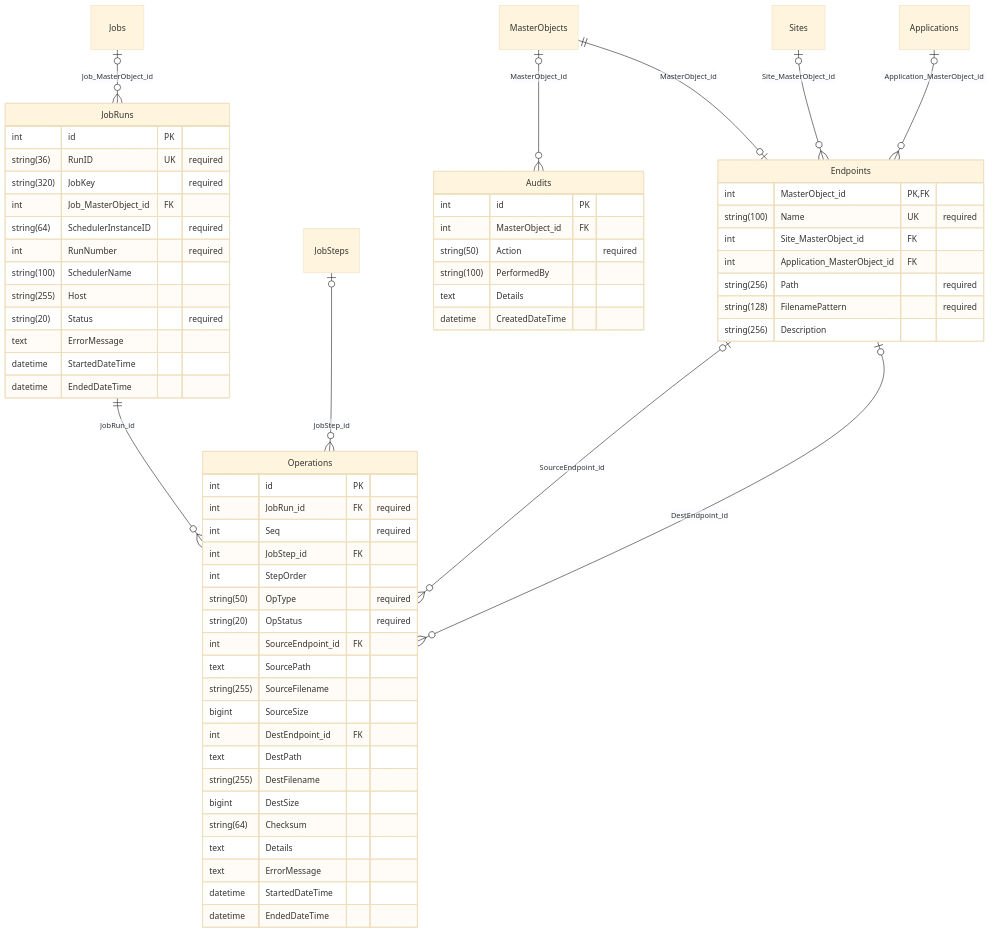
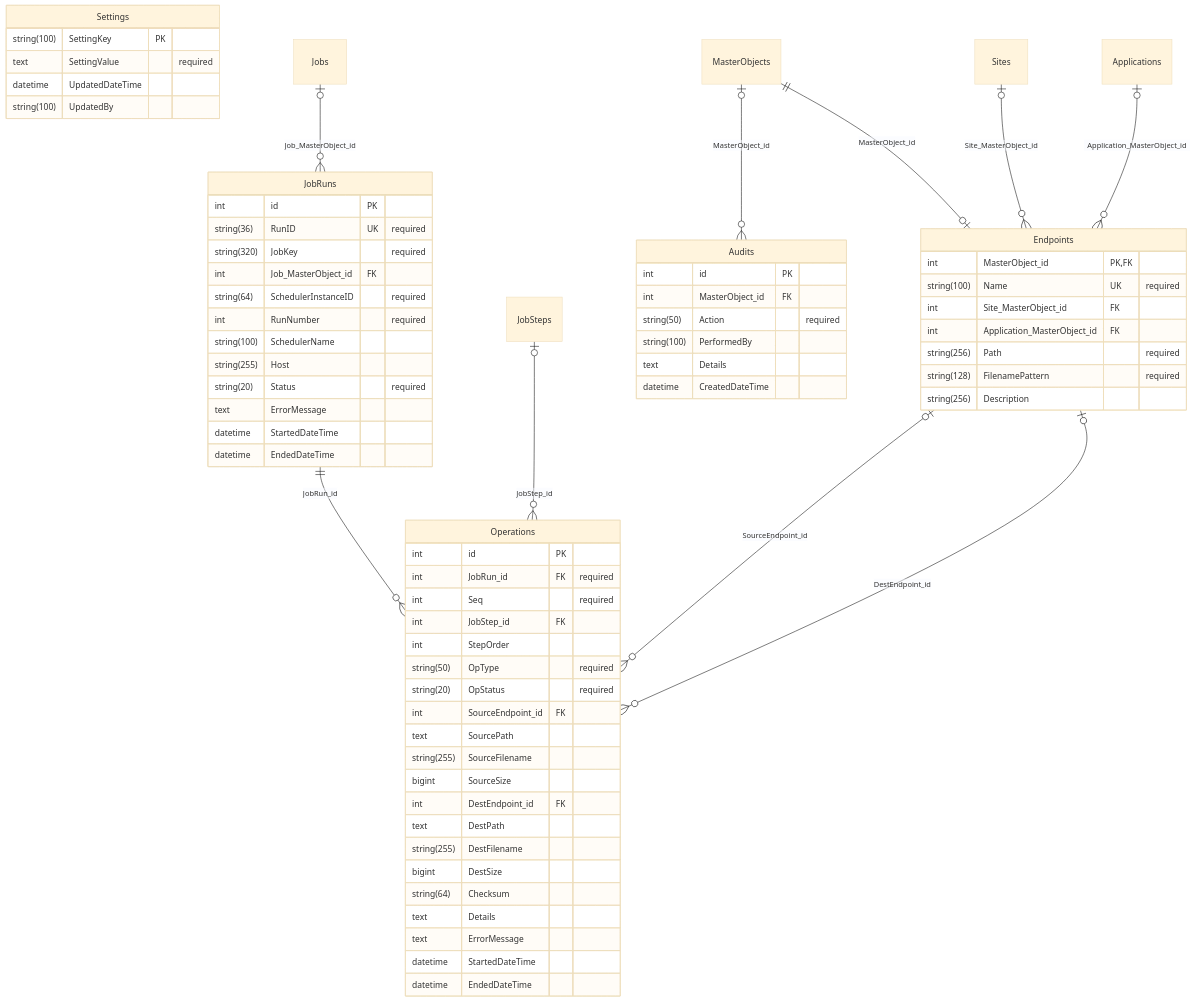
One commit to JayCBoal/AutomationApp changed the fourth of 4 diagrams in docs/DB_SCHEMA.md. Above: the diagram before and after it, drawn with Mermaid (base theme). The commit also changed other lines of this file and 43 other files, not shown here.

````diff
--- a/docs/DB_SCHEMA.md
+++ b/docs/DB_SCHEMA.md
@@ -169,65 +171,71 @@
 ```mermaid
 erDiagram
     Endpoints {
         int MasterObject_id PK, FK
         string(100) Name UK "required"
         int Site_MasterObject_id FK
         int Application_MasterObject_id FK
         string(256) Path "required"
         string(128) FilenamePattern "required"
         string(256) Description
     }
     JobRuns {
         int id PK
         string(36) RunID UK "required"
         string(320) JobKey "required"
         int Job_MasterObject_id FK
         string(64) SchedulerInstanceID "required"
         int RunNumber "required"
         string(100) SchedulerName
         string(255) Host
         string(20) Status "required"
         text ErrorMessage
         datetime StartedDateTime
         datetime EndedDateTime
     }
     Operations {
         int id PK
         int JobRun_id FK "required"
         int Seq "required"
         int JobStep_id FK
         int StepOrder
         string(50) OpType "required"
         string(20) OpStatus "required"
         int SourceEndpoint_id FK
         text SourcePath
         string(255) SourceFilename
         bigint SourceSize
         int DestEndpoint_id FK
         text DestPath
         string(255) DestFilename
         bigint DestSize
         string(64) Checksum
         text Details
         text ErrorMessage
         datetime StartedDateTime
         datetime EndedDateTime
     }
     Audits {
         int id PK
         int MasterObject_id FK
         string(50) Action "required"
         string(100) PerformedBy
         text Details
         datetime CreatedDateTime
     }
+    Settings {
+        string(100) SettingKey PK
+        text SettingValue "required"
+        datetime UpdatedDateTime
+        string(100) UpdatedBy
+    }
     MasterObjects |o--o{ Audits : "MasterObject_id"
     Jobs |o--o{ JobRuns : "Job_MasterObject_id"
     MasterObjects ||--o| Endpoints : "MasterObject_id"
     Sites |o--o{ Endpoints : "Site_MasterObject_id"
     Applications |o--o{ Endpoints : "Application_MasterObject_id"
     JobRuns ||--o{ Operations : "JobRun_id"
     JobSteps |o--o{ Operations : "JobStep_id"
     Endpoints |o--o{ Operations : "SourceEndpoint_id"
     Endpoints |o--o{ Operations : "DestEndpoint_id"
 ```
````
